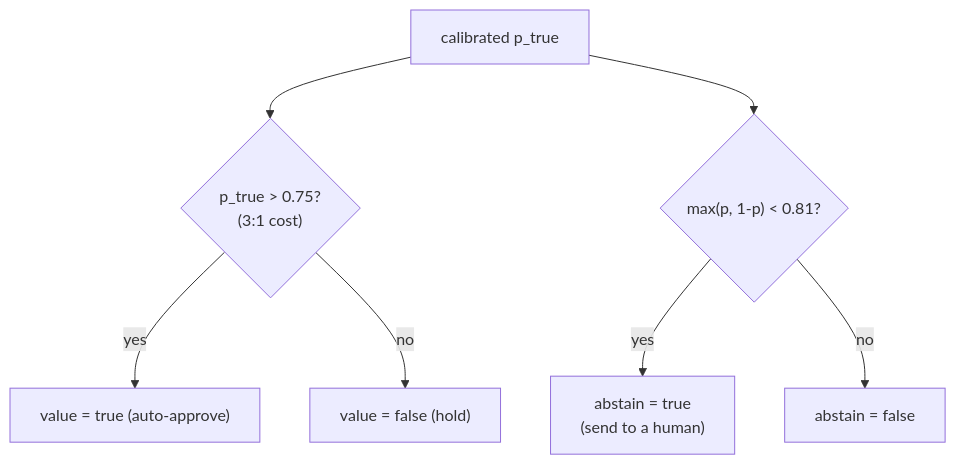
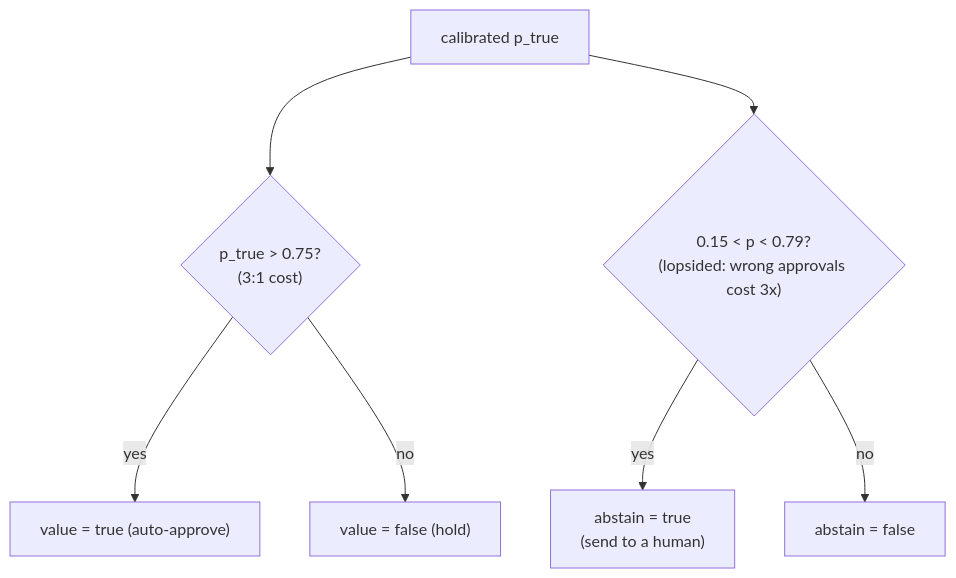
One commit to Amal-Verma/Jev-router-decide changed the third of 5 diagrams in docs/ARCHITECTURE.md. Above: the diagram before and after it, drawn with Mermaid. The commit also changed other lines of this file and 6 other files, not shown here.

````diff
--- a/docs/ARCHITECTURE.md
+++ b/docs/ARCHITECTURE.md
@@ -63,9 +63,9 @@
 ```mermaid
 flowchart TD
     S["calibrated p_true"] --> T{"p_true > 0.75?<br/>(3:1 cost)"}
     T -->|yes| Y["value = true (auto-approve)"]
     T -->|no| N["value = false (hold)"]
-    S --> C{"max(p, 1-p) < 0.81?"}
+    S --> C{"0.15 < p < 0.79?<br/>(lopsided: wrong approvals cost 3x)"}
     C -->|yes| AB["abstain = true<br/>(send to a human)"]
     C -->|no| OK["abstain = false"]
 ```
````
